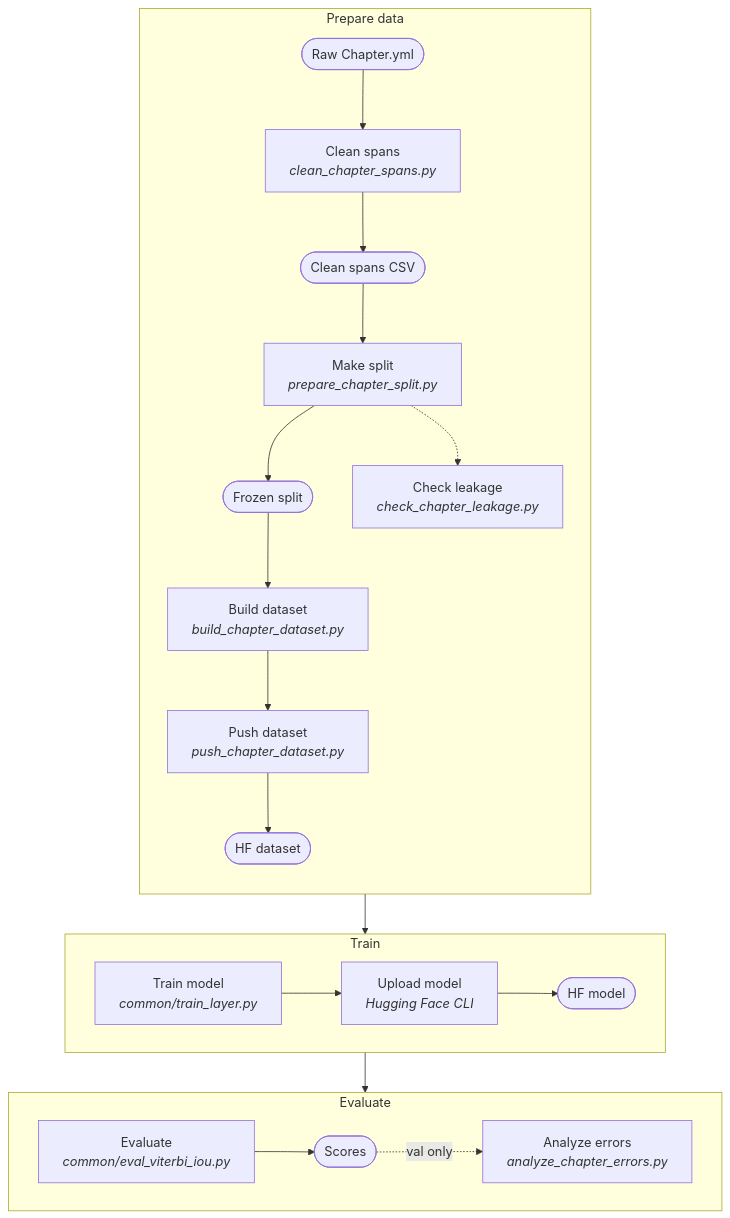
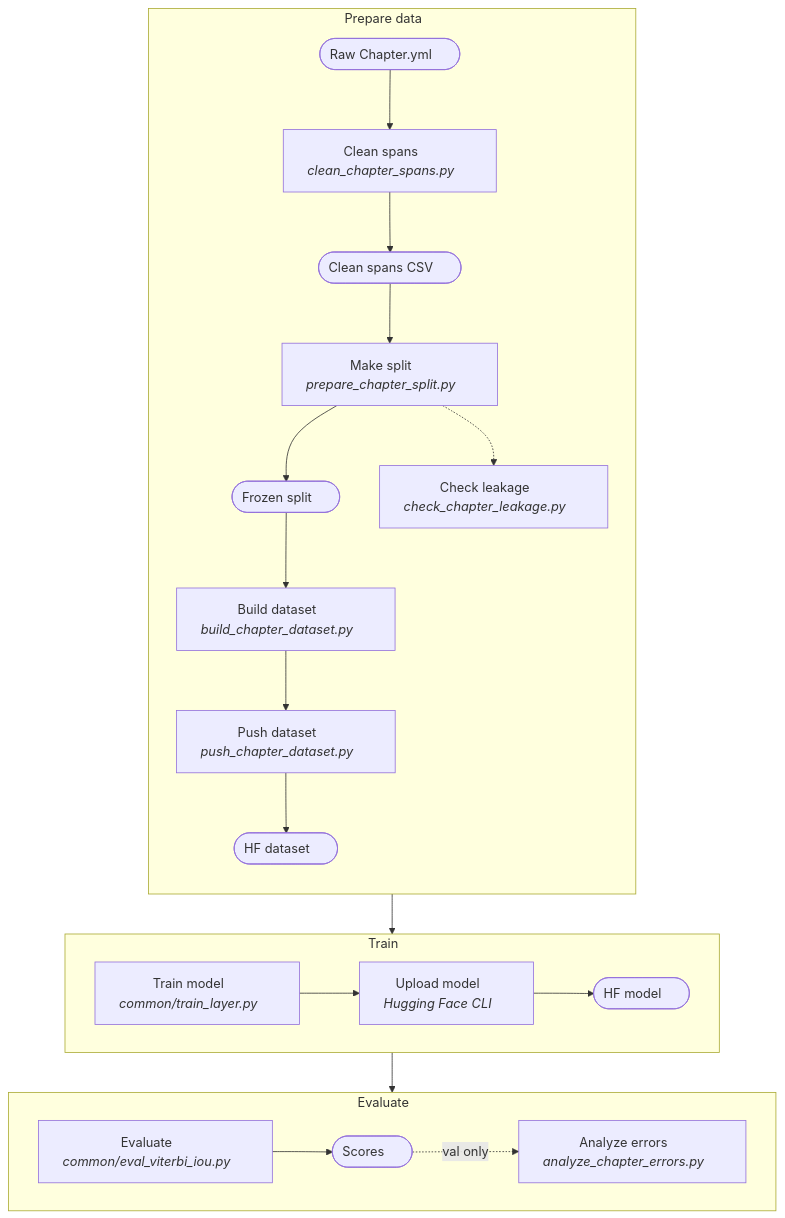
One commit to tenzinyonten/tibetan-layer-detection changed the diagram in chapter/README.md. Above: the diagram before and after it, drawn with Mermaid. The commit also changed 8 other files, not shown here.

Commit message:
Add padding to flowchart labels so GitHub does not clip them

````diff
--- a/chapter/README.md
+++ b/chapter/README.md
@@ -31,26 +31,26 @@
 ```mermaid
 flowchart TD
-  subgraph PREP["Prepare data"]
+  subgraph PREP["Prepare data&nbsp;&nbsp;&nbsp;&nbsp;&nbsp;"]
     direction TB
-    F1(["Raw Chapter.yml"]) --> S1["Clean spans<br/><i>clean_chapter_spans.py</i>"]
-    S1 --> F2(["Clean spans CSV"])
-    F2 --> S2["Make split<br/><i>prepare_chapter_split.py</i>"]
-    S2 --> F3(["Frozen split"])
-    F3 --> S3["Build dataset<br/><i>build_chapter_dataset.py</i>"]
-    S3 --> S4["Push dataset<br/><i>push_chapter_dataset.py</i>"]
-    S4 --> F4(["HF dataset"])
-    S2 -.-> L["Check leakage<br/><i>check_chapter_leakage.py</i>"]
+    F1(["Raw Chapter.yml&nbsp;&nbsp;&nbsp;&nbsp;&nbsp;"]) --> S1["Clean spans&nbsp;&nbsp;&nbsp;&nbsp;&nbsp;<br/><i>clean_chapter_spans.py&nbsp;&nbsp;&nbsp;&nbsp;&nbsp;</i>"]
+    S1 --> F2(["Clean spans CSV&nbsp;&nbsp;&nbsp;&nbsp;&nbsp;"])
+    F2 --> S2["Make split&nbsp;&nbsp;&nbsp;&nbsp;&nbsp;<br/><i>prepare_chapter_split.py&nbsp;&nbsp;&nbsp;&nbsp;&nbsp;</i>"]
+    S2 --> F3(["Frozen split&nbsp;&nbsp;&nbsp;&nbsp;&nbsp;"])
+    F3 --> S3["Build dataset&nbsp;&nbsp;&nbsp;&nbsp;&nbsp;<br/><i>build_chapter_dataset.py&nbsp;&nbsp;&nbsp;&nbsp;&nbsp;</i>"]
+    S3 --> S4["Push dataset&nbsp;&nbsp;&nbsp;&nbsp;&nbsp;<br/><i>push_chapter_dataset.py&nbsp;&nbsp;&nbsp;&nbsp;&nbsp;</i>"]
+    S4 --> F4(["HF dataset&nbsp;&nbsp;&nbsp;&nbsp;&nbsp;"])
+    S2 -.-> L["Check leakage&nbsp;&nbsp;&nbsp;&nbsp;&nbsp;<br/><i>check_chapter_leakage.py&nbsp;&nbsp;&nbsp;&nbsp;&nbsp;</i>"]
   end
-  subgraph TRAIN["Train"]
+  subgraph TRAIN["Train&nbsp;&nbsp;&nbsp;&nbsp;&nbsp;"]
     direction LR
-    S5["Train model<br/><i>common/train_layer.py</i>"] --> S6["Upload model<br/><i>Hugging Face CLI</i>"]
-    S6 --> F5(["HF model"])
+    S5["Train model&nbsp;&nbsp;&nbsp;&nbsp;&nbsp;<br/><i>common/train_layer.py&nbsp;&nbsp;&nbsp;&nbsp;&nbsp;</i>"] --> S6["Upload model&nbsp;&nbsp;&nbsp;&nbsp;&nbsp;<br/><i>Hugging Face CLI&nbsp;&nbsp;&nbsp;&nbsp;&nbsp;</i>"]
+    S6 --> F5(["HF model&nbsp;&nbsp;&nbsp;&nbsp;&nbsp;"])
   end
-  subgraph EVAL["Evaluate"]
+  subgraph EVAL["Evaluate&nbsp;&nbsp;&nbsp;&nbsp;&nbsp;"]
     direction LR
-    S7["Evaluate<br/><i>common/eval_viterbi_iou.py</i>"] --> F6(["Scores"])
-    F6 -. "val only" .-> A["Analyze errors<br/><i>analyze_chapter_errors.py</i>"]
+    S7["Evaluate&nbsp;&nbsp;&nbsp;&nbsp;&nbsp;<br/><i>common/eval_viterbi_iou.py&nbsp;&nbsp;&nbsp;&nbsp;&nbsp;</i>"] --> F6(["Scores&nbsp;&nbsp;&nbsp;&nbsp;&nbsp;"])
+    F6 -. "val only" .-> A["Analyze errors&nbsp;&nbsp;&nbsp;&nbsp;&nbsp;<br/><i>analyze_chapter_errors.py&nbsp;&nbsp;&nbsp;&nbsp;&nbsp;</i>"]
   end
   PREP --> TRAIN
   TRAIN --> EVAL
 ```
````
